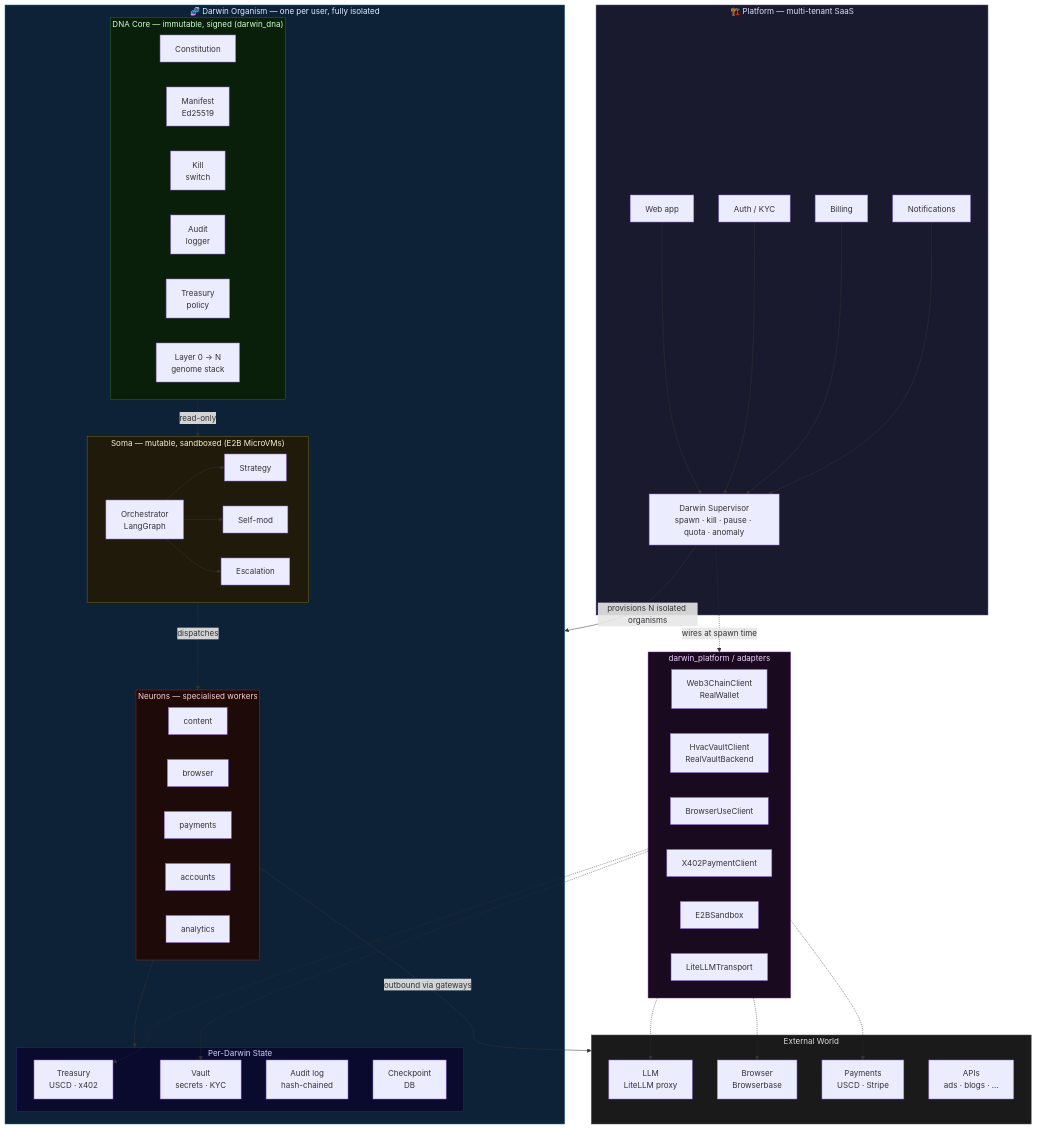
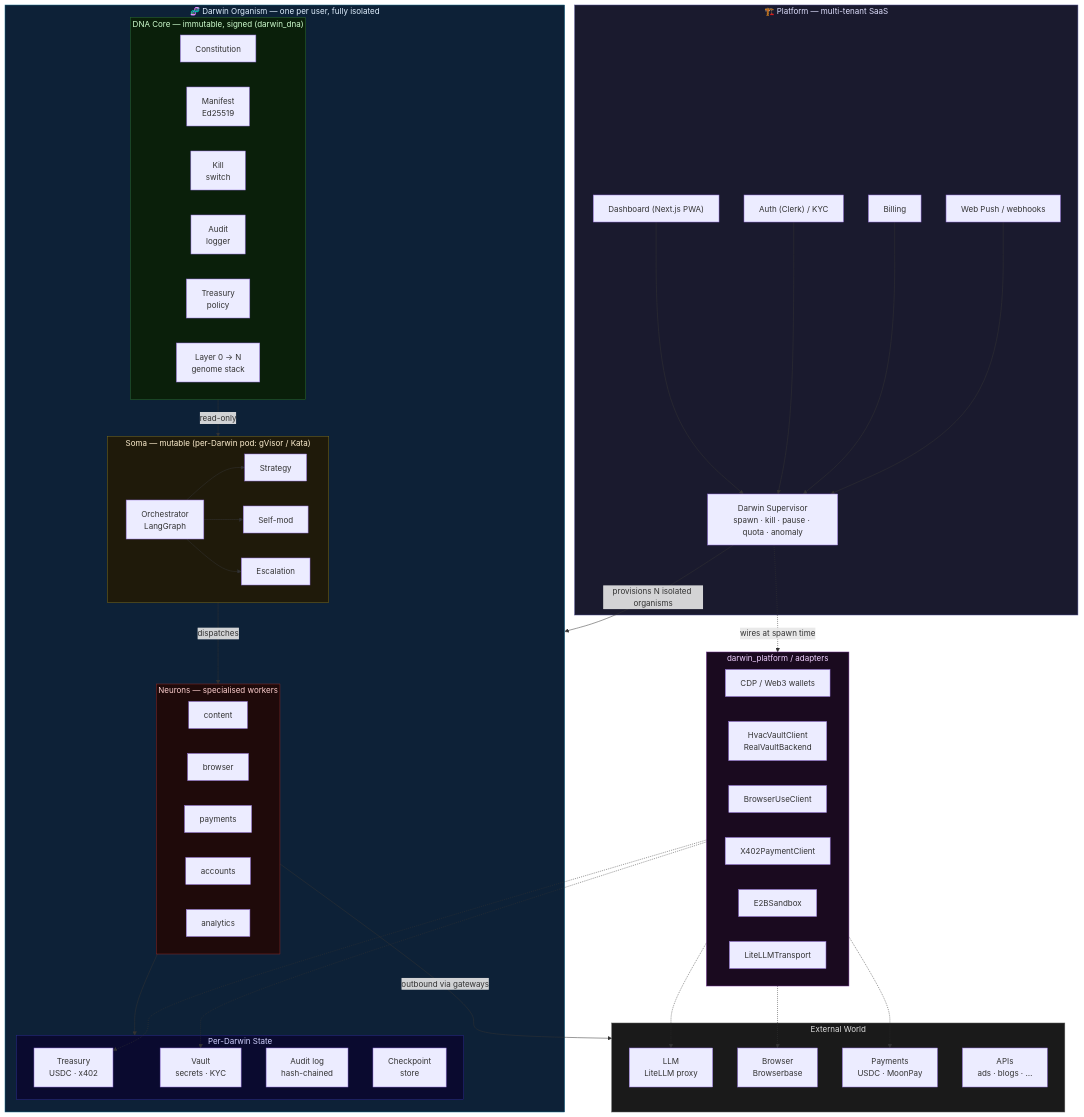
One commit to darwin-agents/darwin-agents changed the second of 2 diagrams in README.md. Above: the diagram before and after it, drawn with Mermaid. The commit also changed other lines of this file and 8 other files, not shown here.

First line of the commit message:
docs: describe the shipped pod money path and dashboard

````diff
--- a/README.md
+++ b/README.md
@@ -89,55 +89,55 @@
 ```mermaid
 flowchart TB
     subgraph PLATFORM["🏗️ Platform — multi-tenant SaaS"]
-        WEB["Web app"] & AUTH["Auth / KYC"] & BILLING["Billing"] & NOTIF["Notifications"]
+        WEB["Dashboard (Next.js PWA)"] & AUTH["Auth (Clerk) / KYC"] & BILLING["Billing"] & NOTIF["Web Push / webhooks"]
         WEB & AUTH & BILLING & NOTIF --> SUP["Darwin Supervisor\nspawn · kill · pause · quota · anomaly"]
     end
 
     SUP -->|"provisions N isolated organisms"| DARWIN
 
     subgraph DARWIN["🧬 Darwin Organism — one per user, fully isolated"]
         subgraph DNA["DNA Core — immutable, signed  (darwin_dna)"]
             CONST["Constitution"] & MANIFEST["Manifest\nEd25519"] & KILL["Kill\nswitch"] & AUDIT["Audit\nlogger"] & TPOL["Treasury\npolicy"] & LAYERS["Layer 0 → N\ngenome stack"]
         end
 
         DNA -->|"read-only"| SOMA
 
-        subgraph SOMA["Soma — mutable, sandboxed  (E2B MicroVMs)"]
+        subgraph SOMA["Soma — mutable  (per-Darwin pod: gVisor / Kata)"]
             ORCH["Orchestrator\nLangGraph"] --> STRATEGY["Strategy"] & SELFMOD["Self-mod"] & ESCMGR["Escalation"]
         end
 
         SOMA -->|"dispatches"| NEURONS
 
         subgraph NEURONS["Neurons — specialised workers"]
             N1["content"] & N2["browser"] & N3["payments"] & N4["accounts"] & N5["analytics"]
         end
 
         NEURONS --> INFRA
 
         subgraph INFRA["Per-Darwin State"]
-            WALLET["Treasury\nUSCD · x402"] & VAULT["Vault\nsecrets · KYC"] & ALOG["Audit log\nhash-chained"] & CKPT["Checkpoint\nDB"]
+            WALLET["Treasury\nUSDC · x402"] & VAULT["Vault\nsecrets · KYC"] & ALOG["Audit log\nhash-chained"] & CKPT["Checkpoint\nstore"]
         end
     end
 
     NEURONS -->|"outbound via gateways"| EXT
 
     subgraph EXT["External World"]
-        LLM["LLM\nLiteLLM proxy"] & BROW["Browser\nBrowserbase"] & PAY["Payments\nUSCD · Stripe"] & APIS["APIs\nads · blogs · …"]
+        LLM["LLM\nLiteLLM proxy"] & BROW["Browser\nBrowserbase"] & PAY["Payments\nUSDC · MoonPay"] & APIS["APIs\nads · blogs · …"]
     end
 
     subgraph ADAPTERS["darwin_platform / adapters"]
-        A1["Web3ChainClient\nRealWallet"] & A2["HvacVaultClient\nRealVaultBackend"] & A3["BrowserUseClient"] & A4["X402PaymentClient"] & A5["E2BSandbox"] & A6["LiteLLMTransport"]
+        A1["CDP / Web3 wallets"] & A2["HvacVaultClient\nRealVaultBackend"] & A3["BrowserUseClient"] & A4["X402PaymentClient"] & A5["E2BSandbox"] & A6["LiteLLMTransport"]
     end
 
     SUP -.->|"wires at spawn time"| ADAPTERS
     ADAPTERS -.-> WALLET & VAULT & BROW & PAY & LLM
 
     style PLATFORM fill:#1a1a2e,stroke:#4a4a8a,color:#e0e0ff
     style DARWIN  fill:#0d2137,stroke:#1a6b8a,color:#e0f0ff
     style DNA     fill:#0a1f0a,stroke:#2a6b2a,color:#d0ffd0
     style SOMA    fill:#1f1a0a,stroke:#7a6b1a,color:#fff0d0
     style NEURONS fill:#1f0a0a,stroke:#8a2a2a,color:#ffd0d0
     style INFRA   fill:#0a0a2f,stroke:#2a2a8a,color:#d0d0ff
     style EXT     fill:#1a1a1a,stroke:#555555,color:#dddddd
     style ADAPTERS fill:#1a0a1f,stroke:#6a2a8a,color:#f0d0ff
 ```
````
